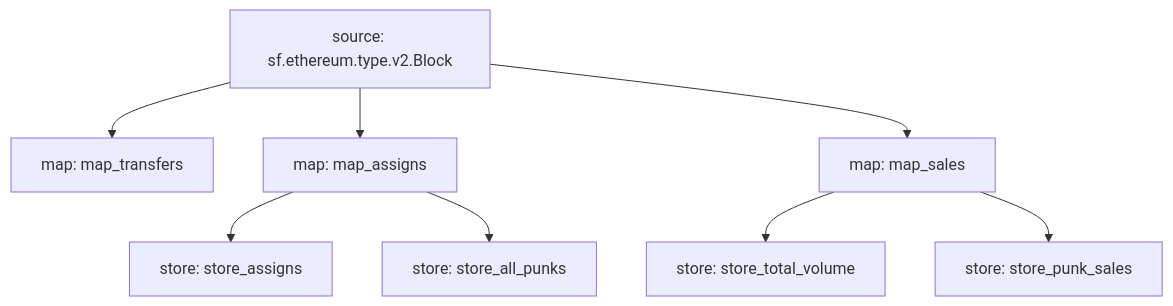
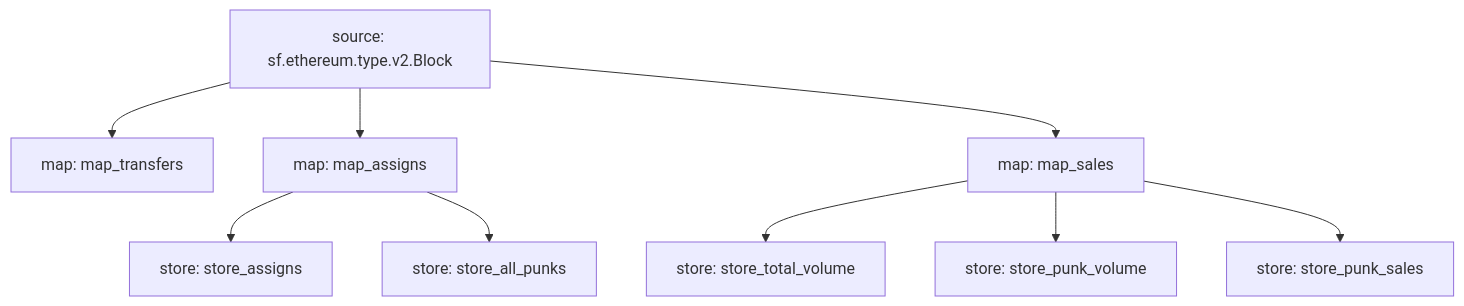
One commit to itsjerryokolo/cryptopunks_substreams changed the diagram in README.md. Above: the diagram before and after it, drawn with Mermaid.

````diff
--- a/README.md
+++ b/README.md
@@ -3,17 +3,19 @@
 ```mermaid
 graph TD;
   map_transfers[map: map_transfers]
   sf.ethereum.type.v2.Block[source: sf.ethereum.type.v2.Block] --> map_transfers
   map_assigns[map: map_assigns]
   sf.ethereum.type.v2.Block[source: sf.ethereum.type.v2.Block] --> map_assigns
   store_assigns[store: store_assigns]
   map_assigns --> store_assigns
   store_all_punks[store: store_all_punks]
   map_assigns --> store_all_punks
   store_total_volume[store: store_total_volume]
   map_sales --> store_total_volume
+  store_punk_volume[store: store_punk_volume]
+  map_sales --> store_punk_volume
   store_punk_sales[store: store_punk_sales]
   map_sales --> store_punk_sales
   map_sales[map: map_sales]
   sf.ethereum.type.v2.Block[source: sf.ethereum.type.v2.Block] --> map_sales
 ```
````
